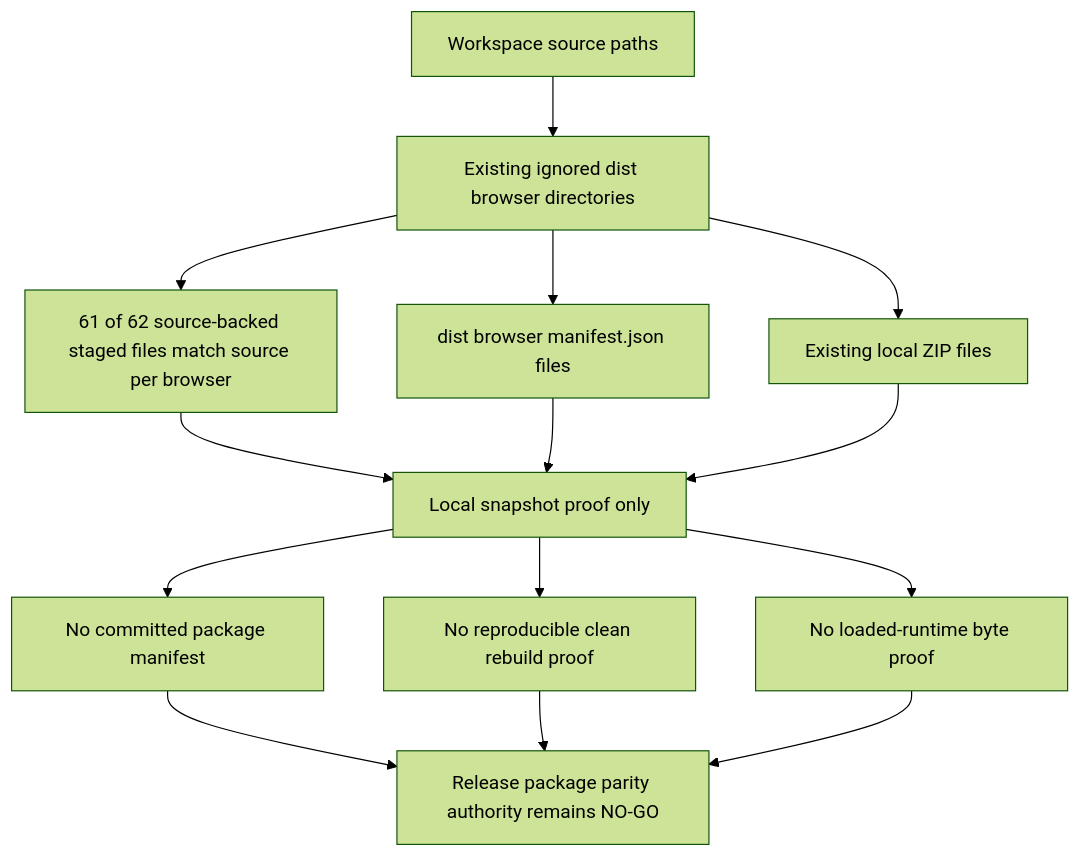
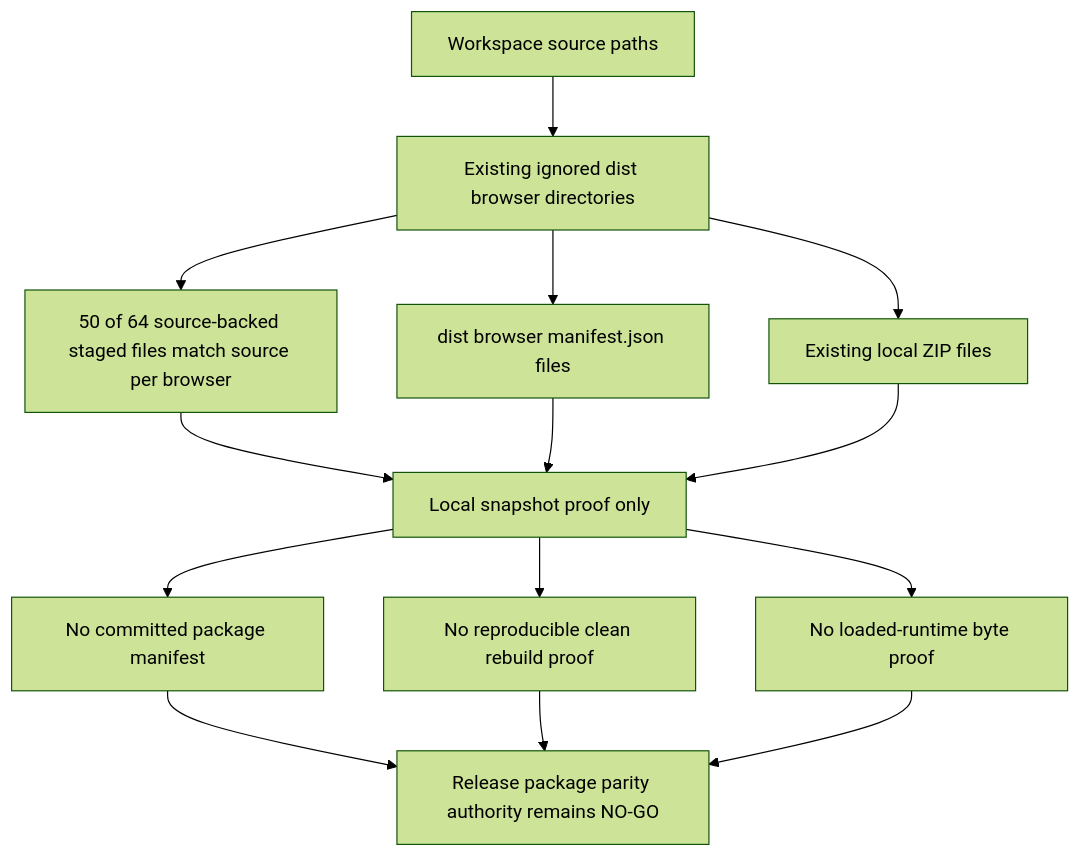
Before and after one commit to varshneydevansh/FilterTube: the ninth of 9 diagrams in docs/audit/FILTERTUBE_P0_RELEASE_PACKAGE_CURRENT_BEHAVIOR_2026-05-19.md, drawn with Mermaid (forest theme). The commit also changed other lines of this file and 16 other files, not shown here.

````diff
--- a/docs/audit/FILTERTUBE_P0_RELEASE_PACKAGE_CURRENT_BEHAVIOR_2026-05-19.md
+++ b/docs/audit/FILTERTUBE_P0_RELEASE_PACKAGE_CURRENT_BEHAVIOR_2026-05-19.md
@@ -716,16 +717,16 @@
 ```mermaid
 flowchart TD
   A["Workspace source paths"] --> B["Existing ignored dist browser directories"]
-  B --> C["61 of 62 source-backed staged files match source per browser"]
+  B --> C["50 of 64 source-backed staged files match source per browser"]
   B --> D["dist browser manifest.json files"]
   B --> E["Existing local ZIP files"]
   C --> F["Local snapshot proof only"]
   D --> F
   E --> F
   F --> G["No committed package manifest"]
   F --> H["No reproducible clean rebuild proof"]
   F --> I["No loaded-runtime byte proof"]
   G --> J["Release package parity authority remains NO-GO"]
   H --> J
   I --> J
 ```
````
